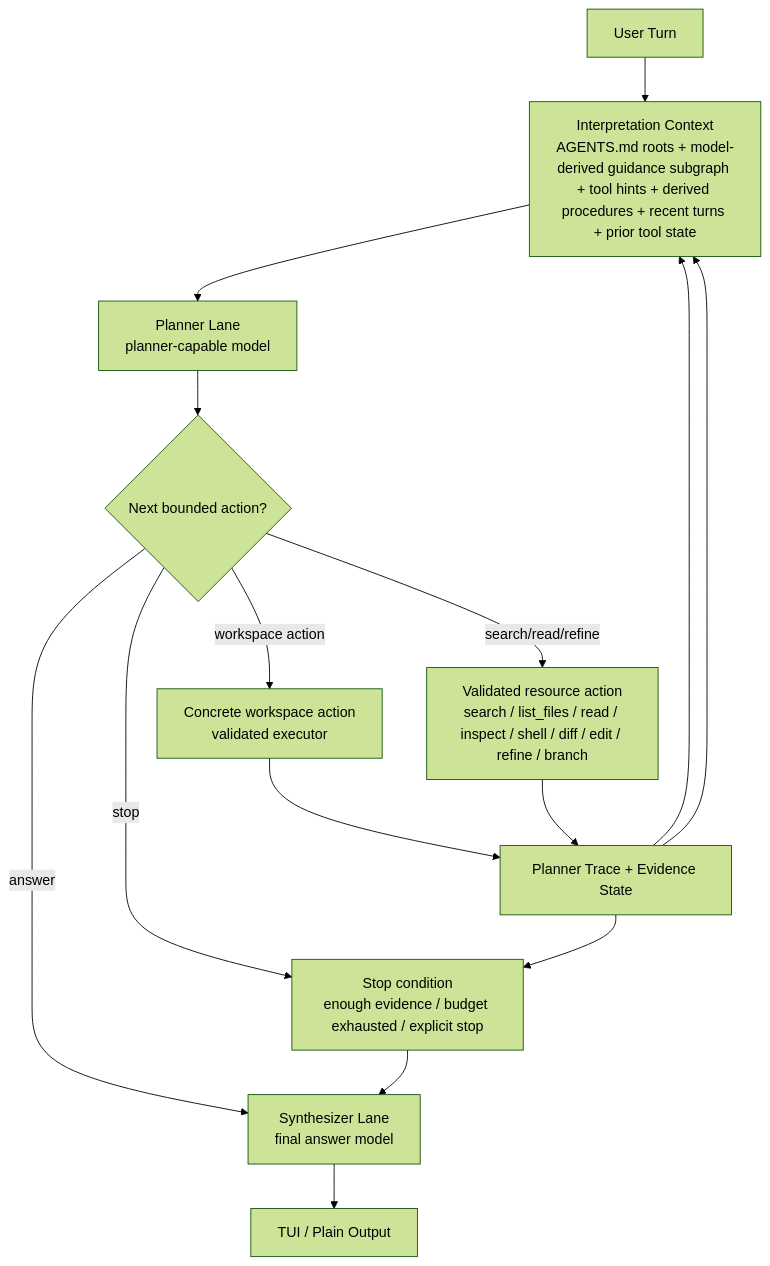
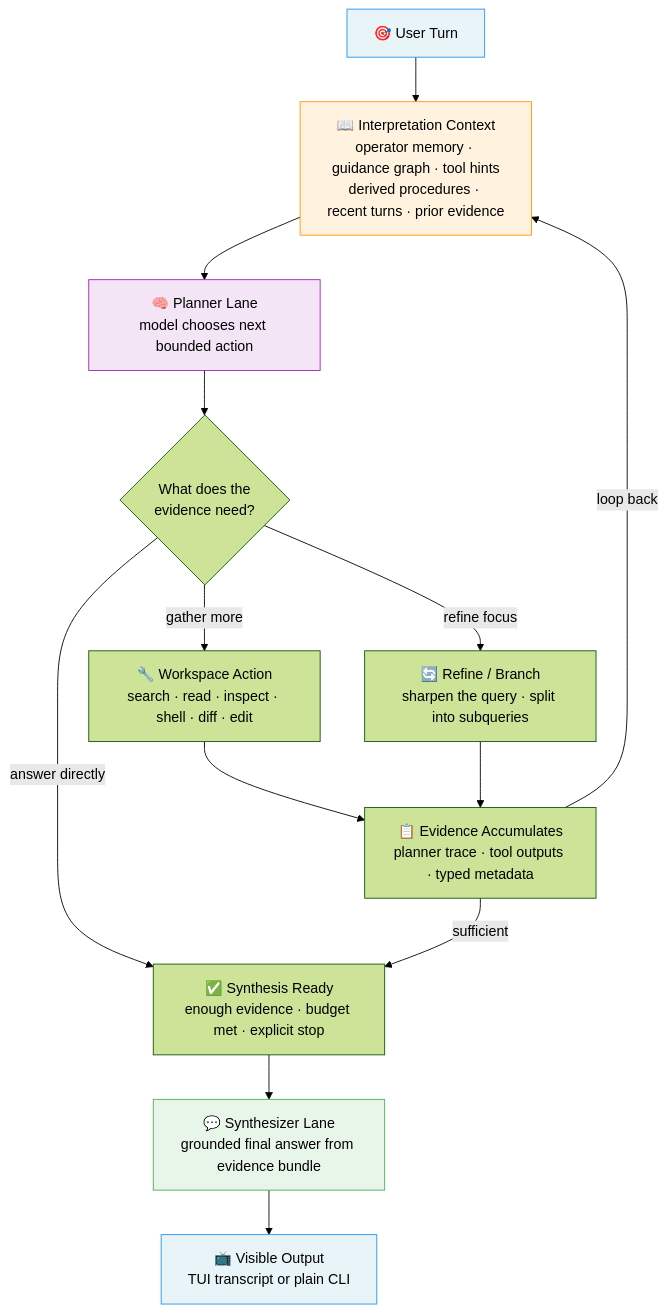
One commit to spoke-sh/paddles changed the first of 5 diagrams in README.md. Above: the diagram before and after it, drawn with Mermaid (forest theme). The commit also changed other lines of this file and 6 other files, not shown here.

First line of the commit message:
docs: rewrite foundational documents for clarity and narrative flow

````diff
--- a/README.md
+++ b/README.md
@@ -25,21 +22,27 @@
 ```mermaid
 flowchart TD
-    U["User Turn"]
-    I["Interpretation Context<br/>AGENTS.md roots + model-derived guidance subgraph + tool hints + derived procedures + recent turns + prior tool state"]
-    P["Planner Lane<br/>planner-capable model"]
-    D{"Next bounded action?"}
-    A["Validated resource action<br/>search / list_files / read / inspect / shell / diff / edit / refine / branch"]
-    X["Concrete workspace action<br/>validated executor"]
-    S["Planner Trace + Evidence State"]
-    T["Stop condition<br/>enough evidence / budget exhausted / explicit stop"]
-    Y["Synthesizer Lane<br/>final answer model"]
-    R["TUI / Plain Output"]
+    U["🎯 User Turn"]
+    I["📖 Interpretation Context<br/>operator memory · guidance graph · tool hints<br/>derived procedures · recent turns · prior evidence"]
+    P["🧠 Planner Lane<br/>model chooses next bounded action"]
+    D{"What does the<br/>evidence need?"}
+    W["🔧 Workspace Action<br/>search · read · inspect · shell · diff · edit"]
+    R["🔄 Refine / Branch<br/>sharpen the query · split into subqueries"]
+    E["📋 Evidence Accumulates<br/>planner trace · tool outputs · typed metadata"]
+    T["✅ Synthesis Ready<br/>enough evidence · budget met · explicit stop"]
+    S["💬 Synthesizer Lane<br/>grounded final answer from evidence bundle"]
+    O["📺 Visible Output<br/>TUI transcript or plain CLI"]
 
     U --> I --> P --> D
-    D -->|answer| Y
-    D -->|workspace action| X --> S --> I
-    D -->|search/read/refine| A --> S --> I
-    D -->|stop| T --> Y
-    S --> T
-    Y --> R
+    D -->|"answer directly"| T
+    D -->|"gather more"| W --> E
+    D -->|"refine focus"| R --> E
+    E -->|"loop back"| I
+    E -->|"sufficient"| T
+    T --> S --> O
+
+    style U fill:#e8f4f8,stroke:#2196F3
+    style I fill:#fff3e0,stroke:#FF9800
+    style P fill:#f3e5f5,stroke:#9C27B0
+    style S fill:#e8f5e9,stroke:#4CAF50
+    style O fill:#e8f4f8,stroke:#2196F3
 ```
````
